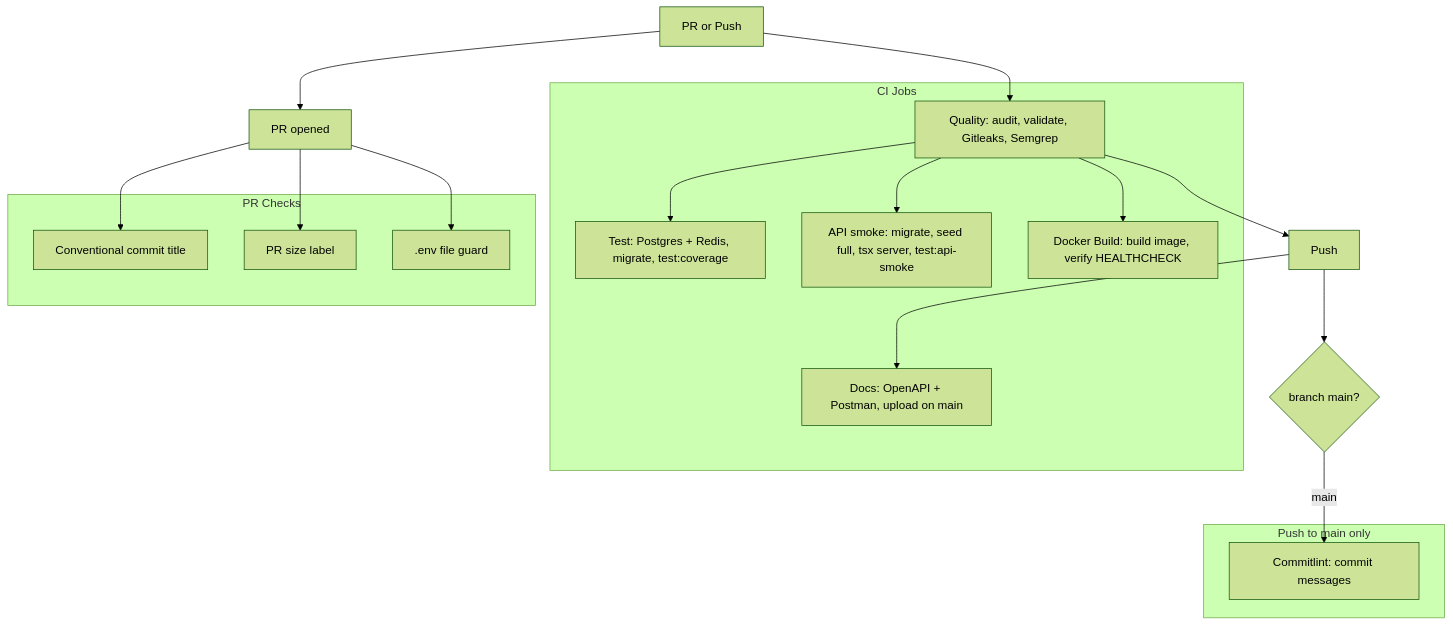
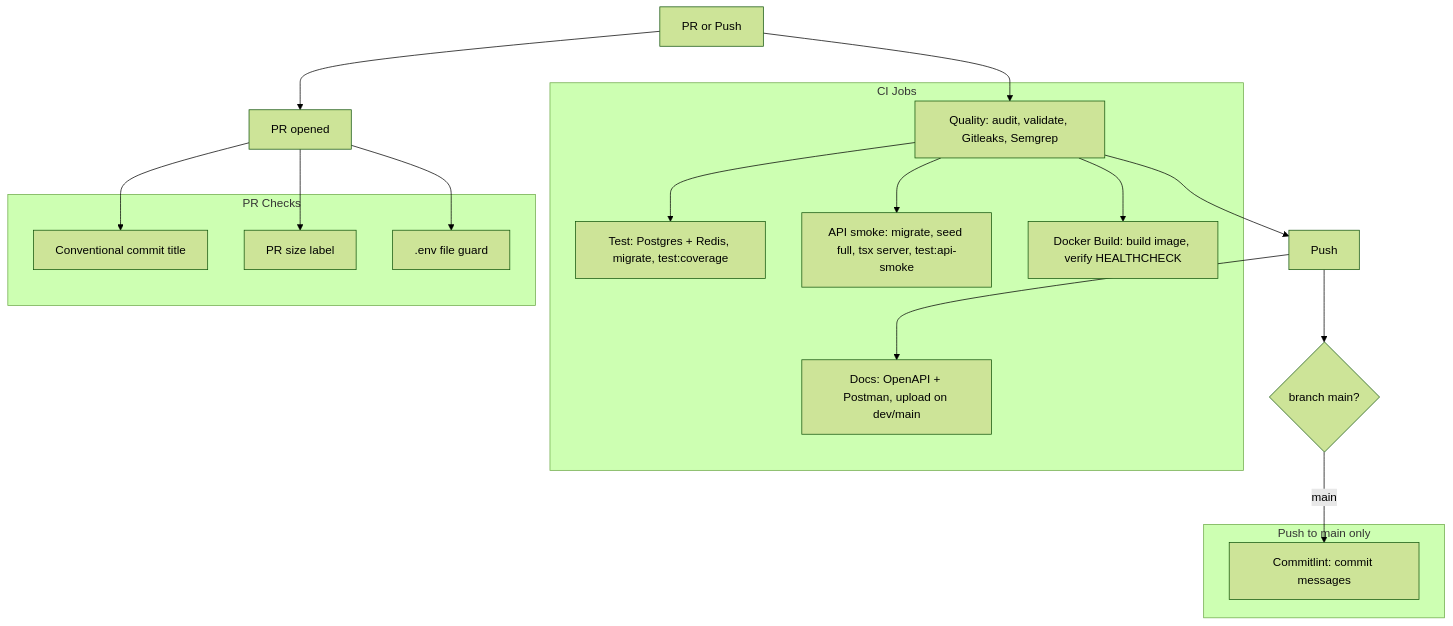
The second of 7 diagrams in docs/deployment/ci-cd/cicd-and-deployment.md (nikunjmavani/core-be), drawn with Mermaid (forest theme) before and after one commit. The commit also changed other lines of this file and 145 other files, not shown here.

````diff
--- a/docs/deployment/ci-cd/cicd-and-deployment.md
+++ b/docs/deployment/ci-cd/cicd-and-deployment.md
@@ -60,33 +57,33 @@
 ```mermaid
 flowchart TB
   subgraph ci_jobs [CI Jobs]
     Quality[Quality: audit, validate, Gitleaks, Semgrep]
     Test[Test: Postgres + Redis, migrate, test:coverage]
     ApiSmoke[API smoke: migrate, seed full, tsx server, test:api-smoke]
     Docker[Docker Build: build image, verify HEALTHCHECK]
-    Docs[Docs: OpenAPI + Postman, upload on main]
+    Docs[Docs: OpenAPI + Postman, upload on dev/main]
   end
 
   subgraph pr_checks [PR Checks]
     Title[Conventional commit title]
     Size[PR size label]
     EnvGuard[.env file guard]
   end
 
   subgraph main_push [Push to main only]
     Commitlint[Commitlint: commit messages]
   end
 
   Start[PR or Push] --> Quality
   Quality --> Test
   Quality --> ApiSmoke
   Quality --> Docker
   Start --> PR_Entry[PR opened]
   PR_Entry --> Title
   PR_Entry --> Size
   PR_Entry --> EnvGuard
   Quality --> PushOnly[Push]
   PushOnly --> Docs
   PushOnly --> MainOnly{branch main?}
   MainOnly -->|main| Commitlint
 ```
````
